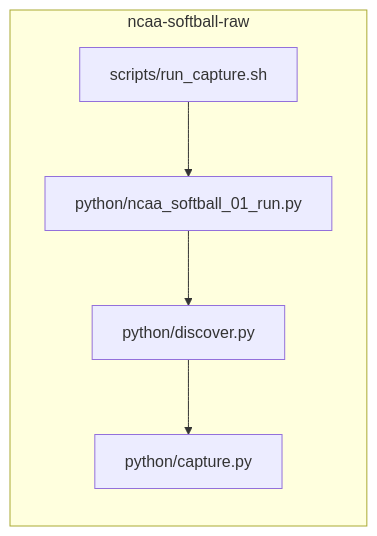
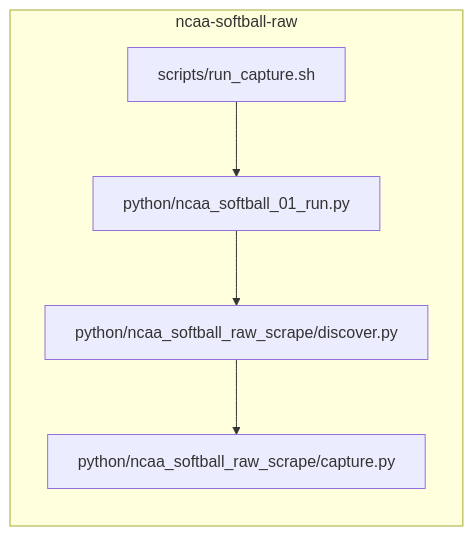
One commit to sportsdataverse/ncaa-softball-raw changed the second of 2 diagrams in README.md. Above: the diagram before and after it, drawn with Mermaid. The commit also changed 6 other files, not shown here.

Commit message:
refactor(python): package the scrape library as ncaa_softball_raw_scrape/

````diff
--- a/README.md
+++ b/README.md
@@ -25,9 +25,9 @@
 ```mermaid
 flowchart TB;
     subgraph A[ncaa-softball-raw];
         direction TB;
         A0[scripts/run_capture.sh]-->A1[python/ncaa_softball_01_run.py];
-        A1[python/ncaa_softball_01_run.py]-->A2[python/discover.py];
-        A2[python/discover.py]-->A3[python/capture.py];
+        A1[python/ncaa_softball_01_run.py]-->A2[python/ncaa_softball_raw_scrape/discover.py];
+        A2[python/ncaa_softball_raw_scrape/discover.py]-->A3[python/ncaa_softball_raw_scrape/capture.py];
     end;
 ```
````
